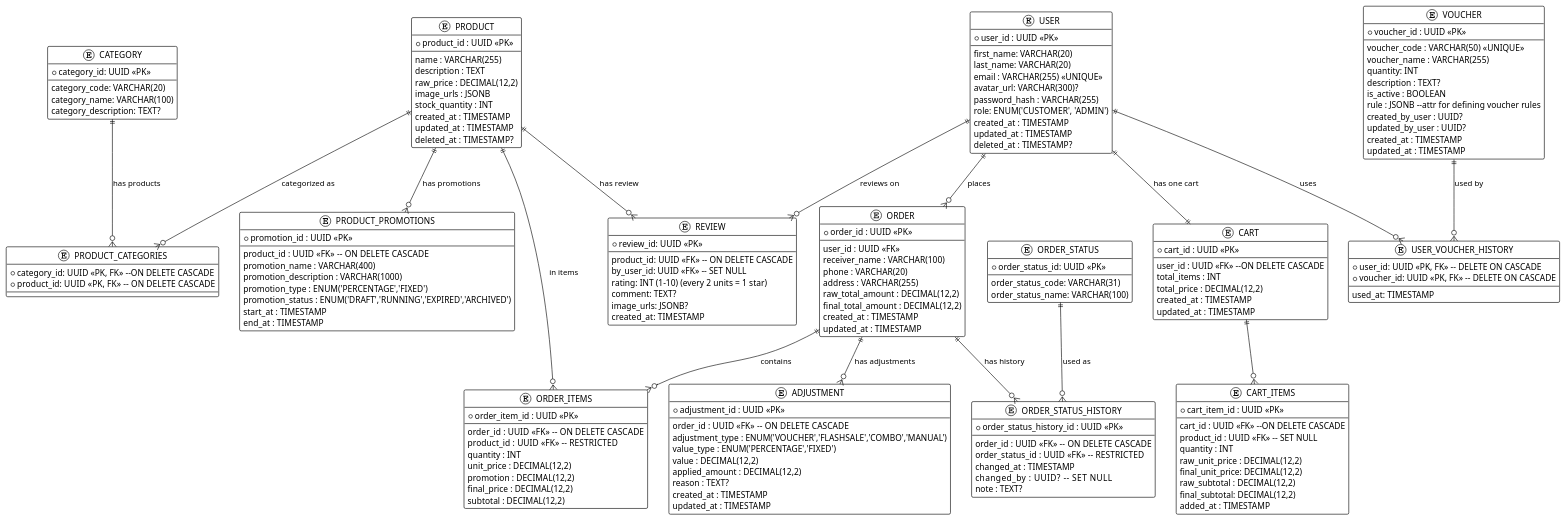
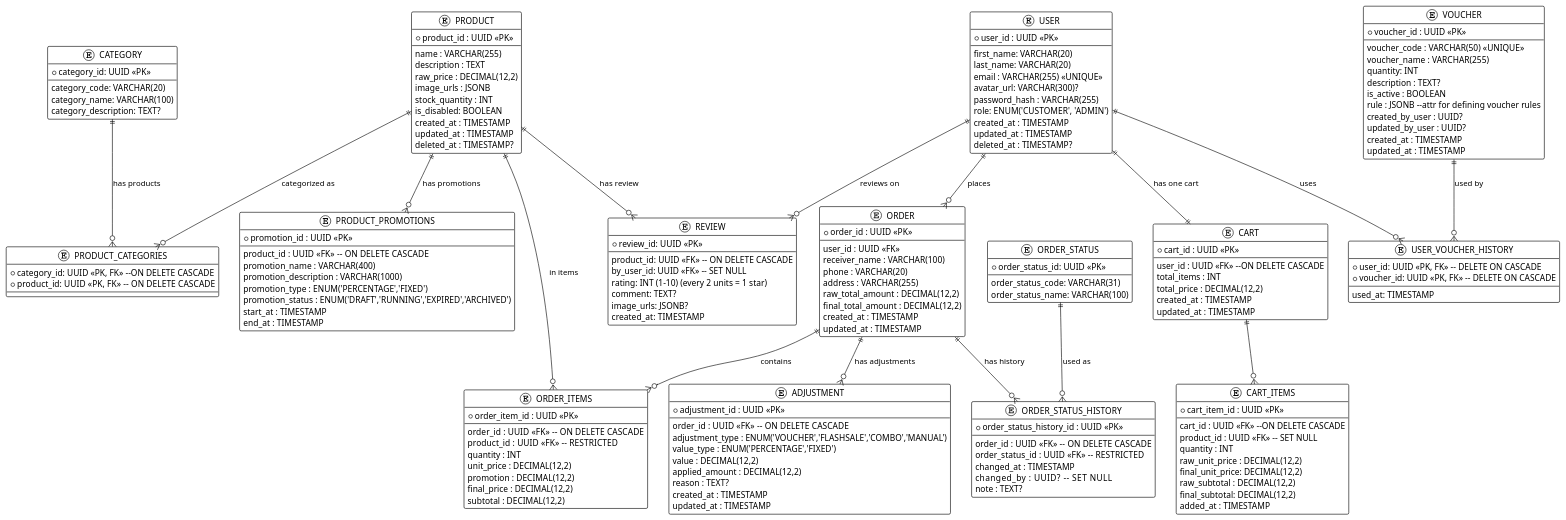
The diagram in docs/erd-database.puml (ThaiMX-hust/mini-ecommerce), drawn with PlantUML before and after one commit.

Commit message:
feat: added is_disabled attribute to Product table

```diff
--- a/docs/erd-database.puml
+++ b/docs/erd-database.puml
@@ -1,186 +1,187 @@
 @startuml "db"
 !theme plain
 
 entity "USER" as U {
     *user_id : UUID <<PK>>
     --
     first_name: VARCHAR(20)
     last_name: VARCHAR(20)
     email : VARCHAR(255) <<UNIQUE>>
     avatar_url: VARCHAR(300)?
     password_hash : VARCHAR(255)
     role: ENUM('CUSTOMER', 'ADMIN')
     created_at : TIMESTAMP
     updated_at : TIMESTAMP
     deleted_at : TIMESTAMP?
 }
 
 entity "PRODUCT" as P {
     *product_id : UUID <<PK>>
     --
     name : VARCHAR(255)
     description : TEXT
     raw_price : DECIMAL(12,2)
     image_urls : JSONB
     stock_quantity : INT
+    is_disabled: BOOLEAN
     created_at : TIMESTAMP
     updated_at : TIMESTAMP
     deleted_at : TIMESTAMP?
 }
 
 entity "CATEGORY" as C {
     *category_id: UUID <<PK>>
     --
     category_code: VARCHAR(20)
     category_name: VARCHAR(100)
     category_description: TEXT?
 }
 
 entity "PRODUCT_CATEGORIES" as PC {
     *category_id: UUID <<PK, FK>> --ON DELETE CASCADE
     *product_id: UUID <<PK, FK>>  -- ON DELETE CASCADE
 }
 
 entity "PRODUCT_PROMOTIONS" as P_P {
     *promotion_id : UUID <<PK>>
     --
     product_id : UUID <<FK>>  -- ON DELETE CASCADE
     promotion_name : VARCHAR(400)
     promotion_description : VARCHAR(1000)
     promotion_type : ENUM('PERCENTAGE','FIXED')
     promotion_status : ENUM('DRAFT','RUNNING','EXPIRED','ARCHIVED')
     start_at : TIMESTAMP
     end_at : TIMESTAMP
 }
 
 entity "ORDER" as O {
     *order_id : UUID <<PK>>
     --
     user_id : UUID <<FK>>
     receiver_name : VARCHAR(100)
     phone : VARCHAR(20)
     address : VARCHAR(255)
     raw_total_amount : DECIMAL(12,2)
     final_total_amount : DECIMAL(12,2)
     created_at : TIMESTAMP
     updated_at : TIMESTAMP
 }
 
 entity "ORDER_ITEMS" as OI {
     *order_item_id : UUID <<PK>>
     --
     order_id : UUID <<FK>>  -- ON DELETE CASCADE
     product_id : UUID <<FK>>  -- RESTRICTED
     quantity : INT
     unit_price : DECIMAL(12,2)
     promotion : DECIMAL(12,2)
     final_price : DECIMAL(12,2)
     subtotal : DECIMAL(12,2)
 }
 
 entity "ORDER_STATUS" as OS {
     *order_status_id: UUID <<PK>>
     --
     order_status_code: VARCHAR(31)
     order_status_name: VARCHAR(100)
 }
 
 entity "ORDER_STATUS_HISTORY" as OSH {
     *order_status_history_id : UUID <<PK>>
     --
     order_id : UUID <<FK>>  -- ON DELETE CASCADE
     order_status_id : UUID <<FK>>  -- RESTRICTED
     changed_at : TIMESTAMP
     changed_by : UUID?      -- SET NULL
     note : TEXT?
 }
 
 entity "ADJUSTMENT" as ADJ {
   *adjustment_id : UUID <<PK>>
   --
   order_id : UUID <<FK>>  -- ON DELETE CASCADE
   adjustment_type : ENUM('VOUCHER','FLASHSALE','COMBO','MANUAL')
   value_type : ENUM('PERCENTAGE','FIXED')
   value : DECIMAL(12,2)
   applied_amount : DECIMAL(12,2)
   reason : TEXT?
   created_at : TIMESTAMP
   updated_at : TIMESTAMP
 }
 
 entity "REVIEW" as RV {
     *review_id: UUID <<PK>>
     --
     product_id: UUID <<FK>> -- ON DELETE CASCADE
     by_user_id: UUID <<FK>> -- SET NULL
     rating: INT (1-10) (every 2 units = 1 star)
     comment: TEXT?
     image_urls: JSONB?
     created_at: TIMESTAMP
 }
 
 entity "CART" as Cart {
     *cart_id : UUID <<PK>>
     --
     user_id : UUID <<FK>> --ON DELETE CASCADE
     total_items : INT
     total_price : DECIMAL(12,2)
     created_at : TIMESTAMP
     updated_at : TIMESTAMP
 }
 
 entity "CART_ITEMS" as CI {
     *cart_item_id : UUID <<PK>>
     --
     cart_id : UUID <<FK>> --ON DELETE CASCADE
     product_id : UUID <<FK>> -- SET NULL
     quantity : INT
     raw_unit_price : DECIMAL(12,2)
     final_unit_price: DECIMAL(12,2)
     raw_subtotal : DECIMAL(12,2)
     final_subtotal: DECIMAL(12,2)
     added_at : TIMESTAMP
 }
 
 entity "USER_VOUCHER_HISTORY" as UVH{
     *user_id: UUID <<PK, FK>> -- DELETE ON CASCADE
     *voucher_id: UUID <<PK, FK>> -- DELETE ON CASCADE
     --
     used_at: TIMESTAMP
 }
 
 entity "VOUCHER" as VC {
     *voucher_id : UUID <<PK>>
     --
     voucher_code : VARCHAR(50) <<UNIQUE>>
     voucher_name : VARCHAR(255)
     quantity: INT
     description : TEXT?
     is_active : BOOLEAN
     rule : JSONB --attr for defining voucher rules
     created_by_user : UUID?
     updated_by_user : UUID?
     created_at : TIMESTAMP
     updated_at : TIMESTAMP
 }
 
 U ||--o{ O : "places"
 O ||--o{ OI : "contains"
 O ||--o{ OSH : "has history"
 OS ||--o{ OSH : "used as"
 P ||--o{ OI : "in items"
 P ||--o{ P_P : "has promotions"
 O ||--o{ ADJ : "has adjustments"
 
 P ||--o{ PC : "categorized as"
 C ||--o{ PC : "has products"
 P ||--o{ RV : "has review"
 U ||--o{ RV : "reviews on"
 
 U ||--o{ UVH : "uses"
 VC ||--o{ UVH : "used by"
 
 U ||--|| Cart : "has one cart"
 Cart ||--o{ CI
 
 @enduml
```
